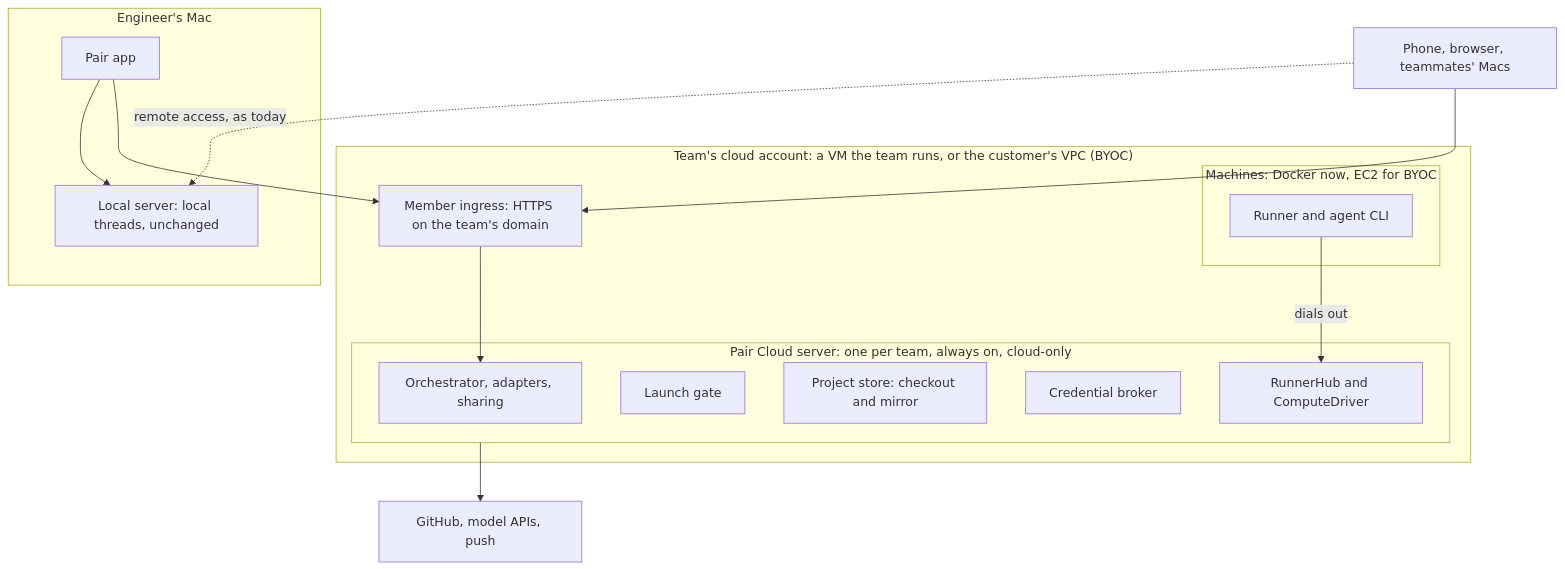
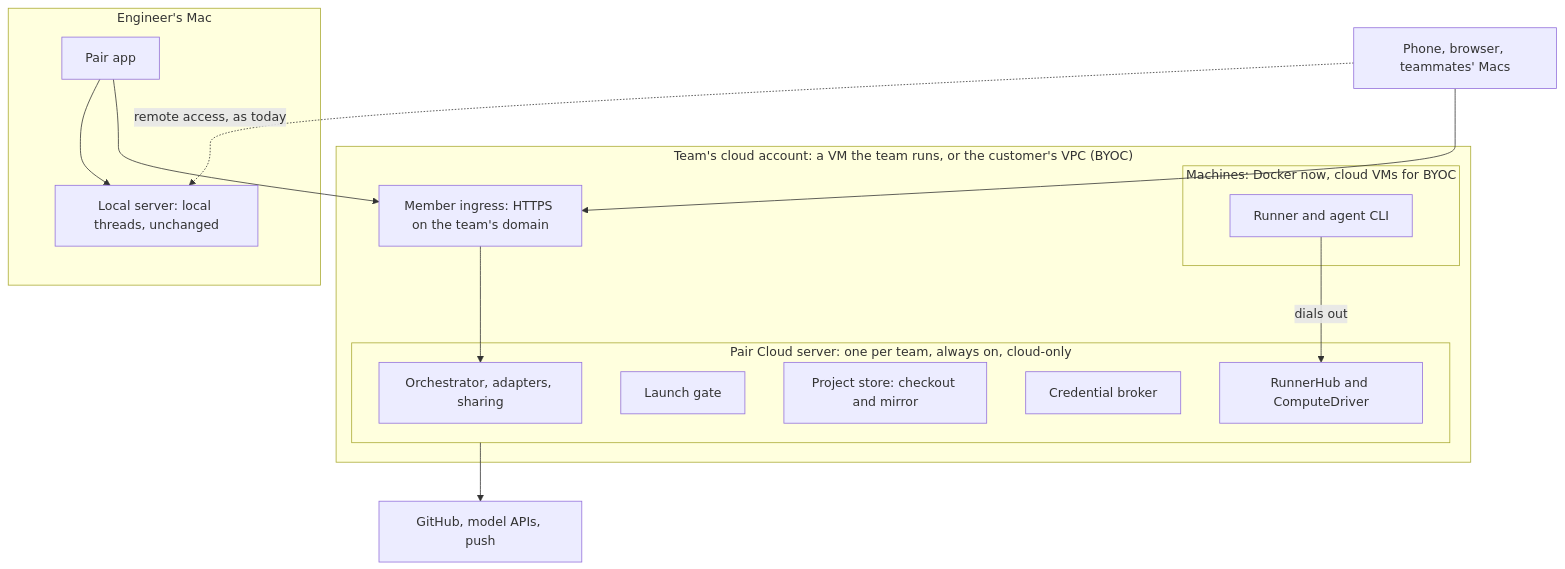
Before and after one commit to rutvikchandla3/pair: the diagram in docs/product/cloud/README.md, drawn with Mermaid. The commit also changed other lines of this file and 11 other files, not shown here.

````diff
--- a/docs/product/cloud/README.md
+++ b/docs/product/cloud/README.md
@@ -15,26 +15,26 @@
 ```mermaid
 flowchart TB
   subgraph Mac["Engineer's Mac"]
     App["Pair app"] --> Local["Local server: local threads, unchanged"]
   end
   Others["Phone, browser, teammates' Macs"]
   subgraph Account["Team's cloud account: a VM the team runs, or the customer's VPC (BYOC)"]
     Ingress["Member ingress: HTTPS on the team's domain"]
     subgraph Server["Pair Cloud server: one per team, always on, cloud-only"]
       Orch["Orchestrator, adapters, sharing"]
       Gate["Launch gate"]
       Store["Project store: checkout and mirror"]
       Creds["Credential broker"]
       Hub["RunnerHub and ComputeDriver"]
     end
-    subgraph Machines["Machines: Docker now, EC2 for BYOC"]
+    subgraph Machines["Machines: Docker now, cloud VMs for BYOC"]
       Runner["Runner and agent CLI"]
     end
   end
   App --> Ingress
   Others --> Ingress
   Others -.->|"remote access, as today"| Local
   Ingress --> Orch
   Runner -->|"dials out"| Hub
   Server --> Ext["GitHub, model APIs, push"]
 ```
````
